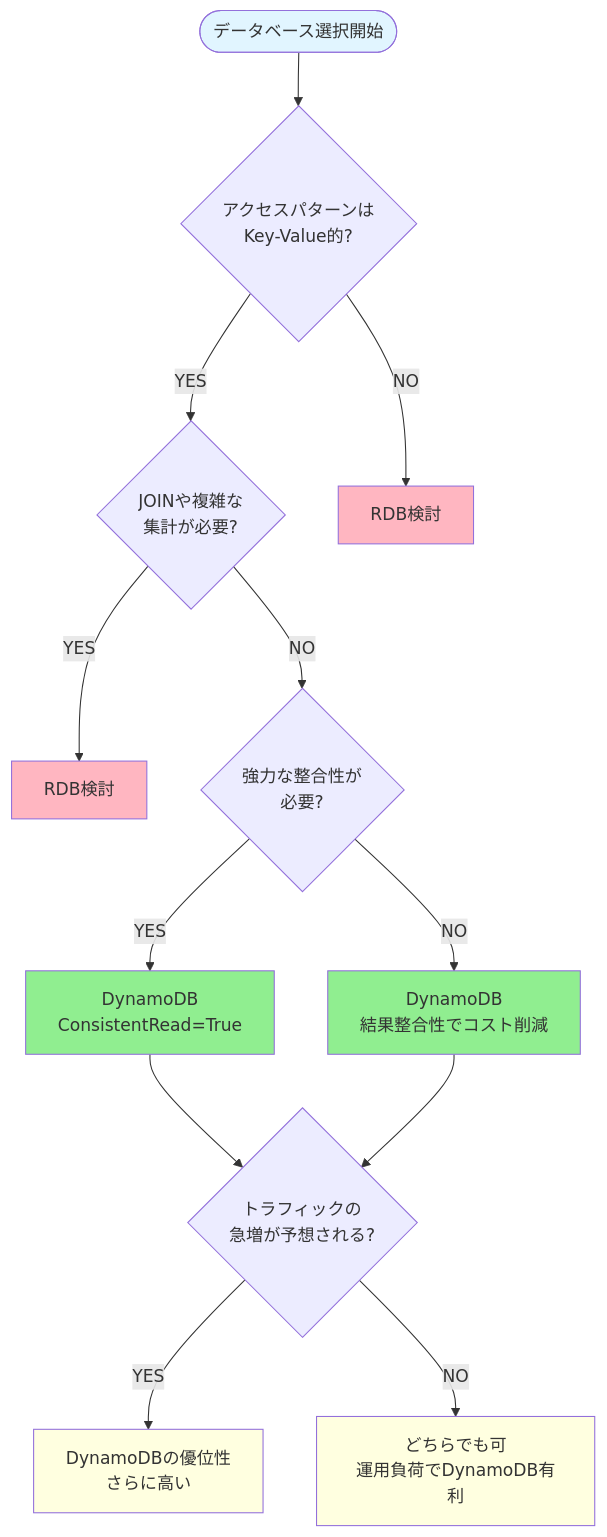
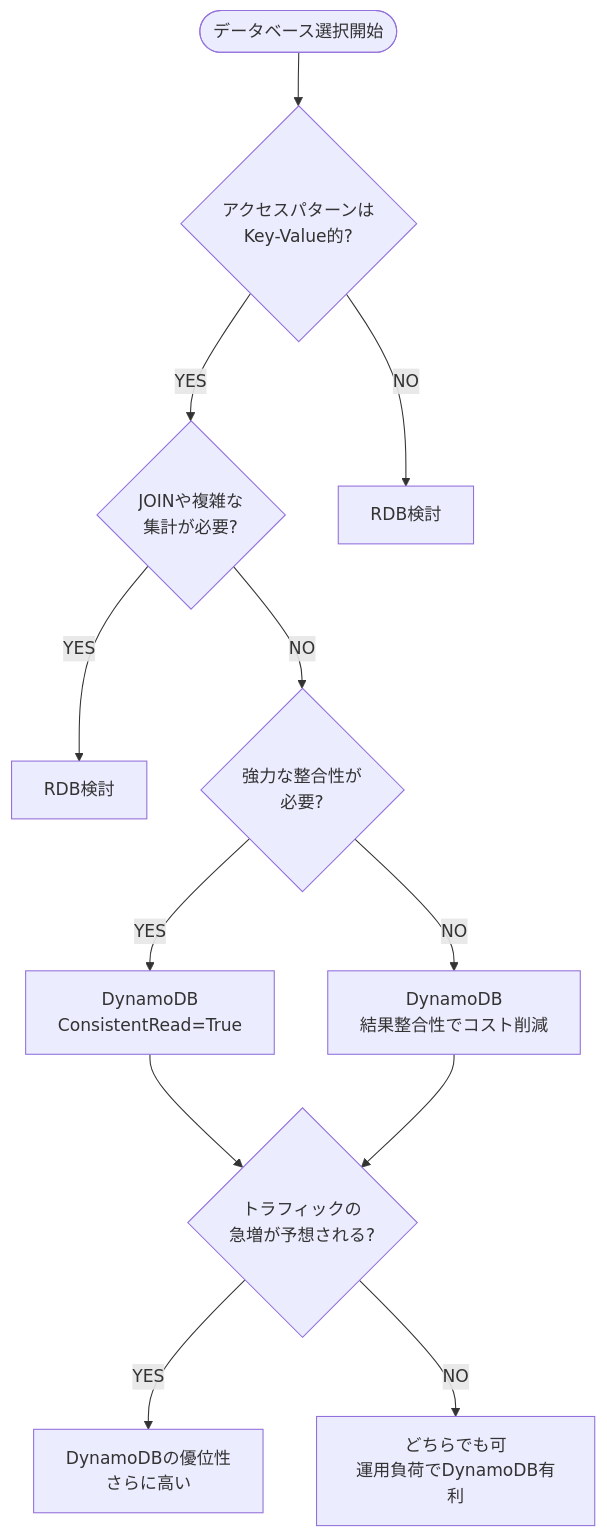
The diagram in articles/dynamodb-read-consistency.md (namusour0763/zenn-contents), drawn with Mermaid before and after one commit.

Commit message:
delete style

````diff
--- a/articles/dynamodb-read-consistency.md
+++ b/articles/dynamodb-read-consistency.md
@@ -83,27 +83,19 @@
 ```mermaid
 flowchart TB
     Start([データベース選択開始]) --> Q1{アクセスパターンは<br/>Key-Value的?}
     
     Q1 -->|YES| Q2{JOINや複雑な<br/>集計が必要?}
     Q1 -->|NO| RDB1[RDB検討]
     
     Q2 -->|YES| RDB2[RDB検討]
     Q2 -->|NO| Q3{強力な整合性が<br/>必要?}
     
     Q3 -->|YES| DYNAMO1[DynamoDB<br/>ConsistentRead=True]
     Q3 -->|NO| DYNAMO2[DynamoDB<br/>結果整合性でコスト削減]
     
     DYNAMO1 --> Q4{トラフィックの<br/>急増が予想される?}
     DYNAMO2 --> Q4
     
     Q4 -->|YES| ADVANTAGE1[DynamoDBの優位性<br/>さらに高い]
     Q4 -->|NO| ADVANTAGE2[どちらでも可<br/>運用負荷でDynamoDB有利]
-    
-    style Start fill:#e1f5ff
-    style DYNAMO1 fill:#90EE90
-    style DYNAMO2 fill:#90EE90
-    style RDB1 fill:#FFB6C1
-    style RDB2 fill:#FFB6C1
-    style ADVANTAGE1 fill:#FFFFE0
-    style ADVANTAGE2 fill:#FFFFE0
 ```
````
